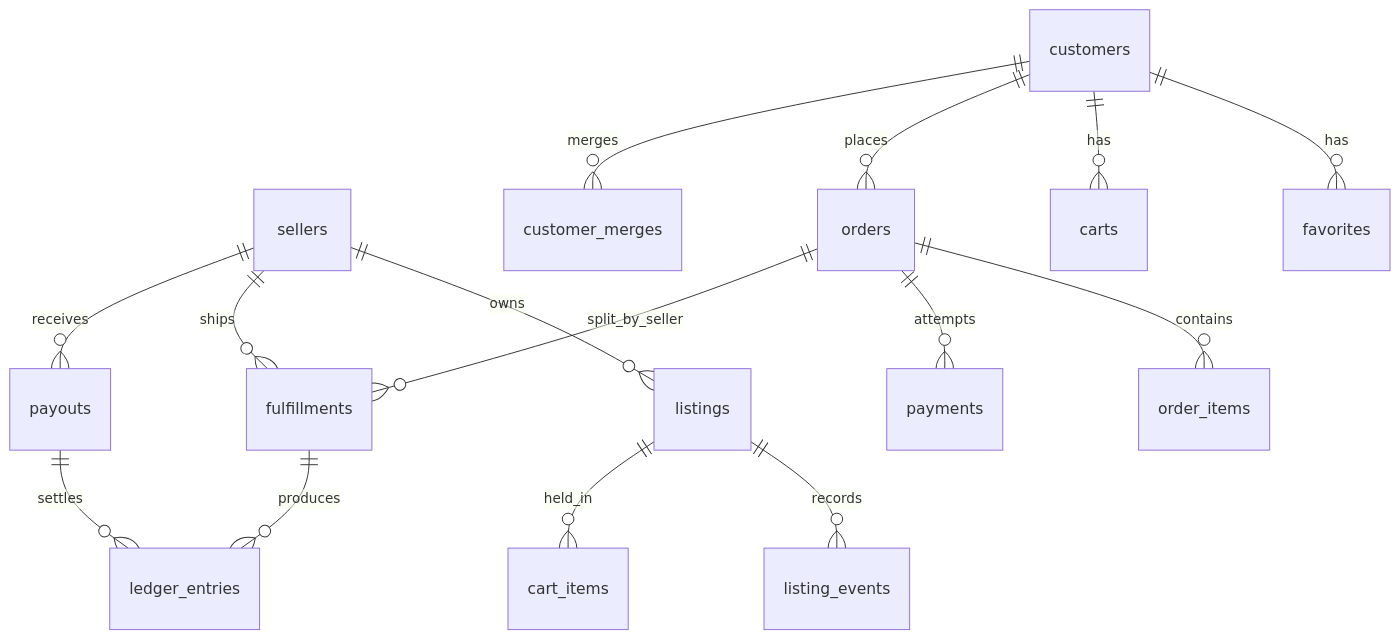
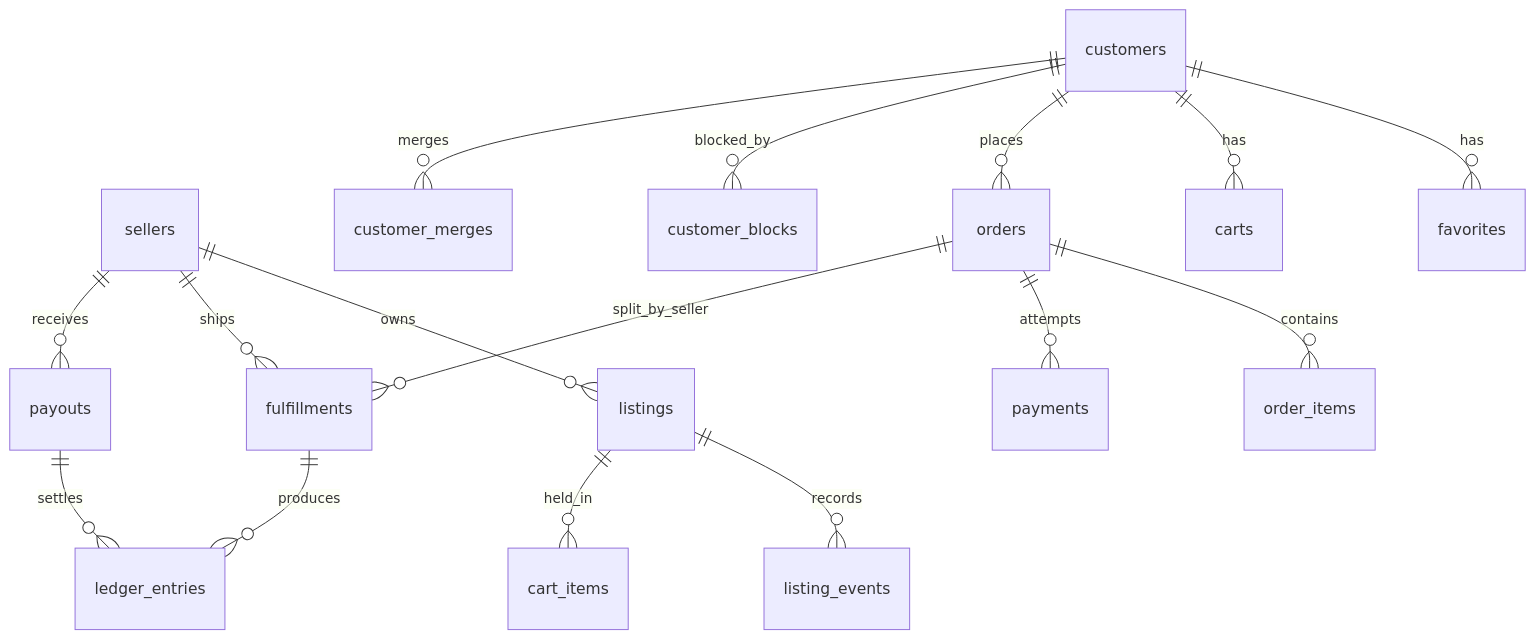
Before and after one commit to jonathan-beebe/art-store: the third of 4 diagrams in prototype/php/docs/architecture.md, drawn with Mermaid. The commit also changed other lines of this file and 229 other files, not shown here.

````diff
--- a/prototype/php/docs/architecture.md
+++ b/prototype/php/docs/architecture.md
@@ -177,17 +209,18 @@
 ```mermaid
 erDiagram
     sellers ||--o{ listings : owns
     customers ||--o{ favorites : has
     customers ||--o{ carts : has
     customers ||--o{ orders : places
+    customers ||--o{ customer_blocks : blocked_by
     listings ||--o{ listing_events : records
     listings ||--o{ cart_items : held_in
     orders ||--o{ order_items : contains
     orders ||--o{ payments : attempts
     orders ||--o{ fulfillments : split_by_seller
     sellers ||--o{ fulfillments : ships
     fulfillments ||--o{ ledger_entries : produces
     sellers ||--o{ payouts : receives
     payouts ||--o{ ledger_entries : settles
     customers ||--o{ customer_merges : merges
 ```
````
